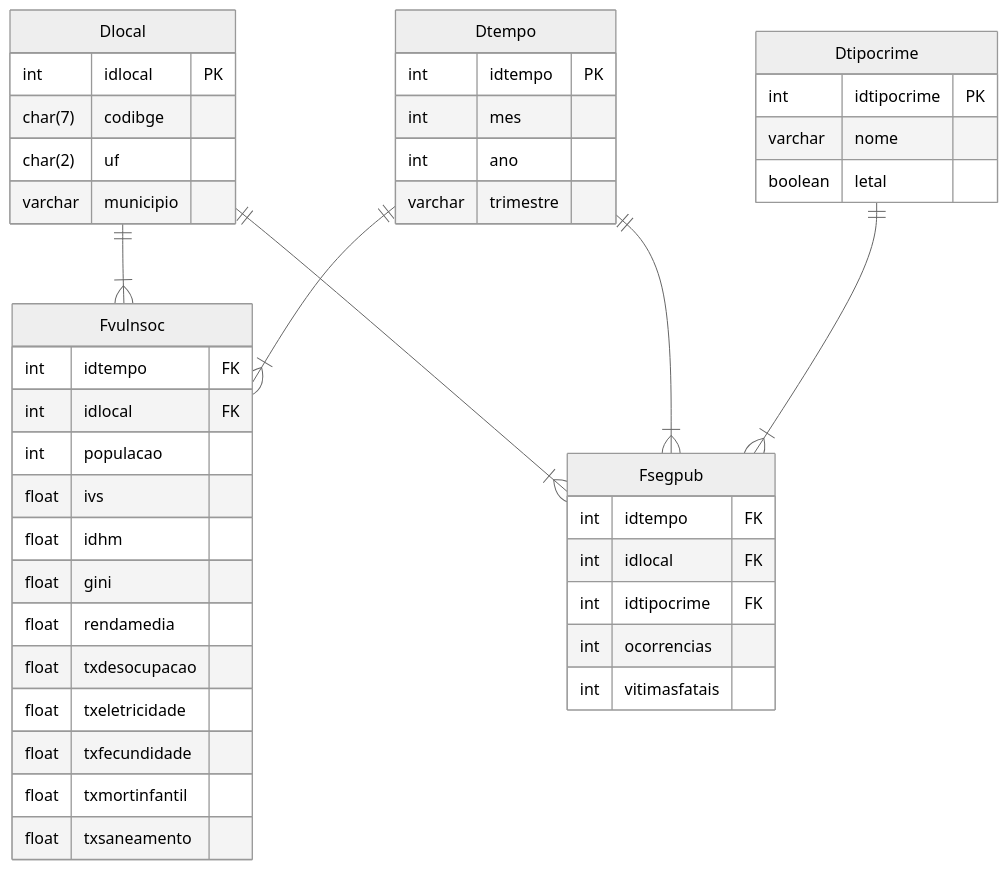
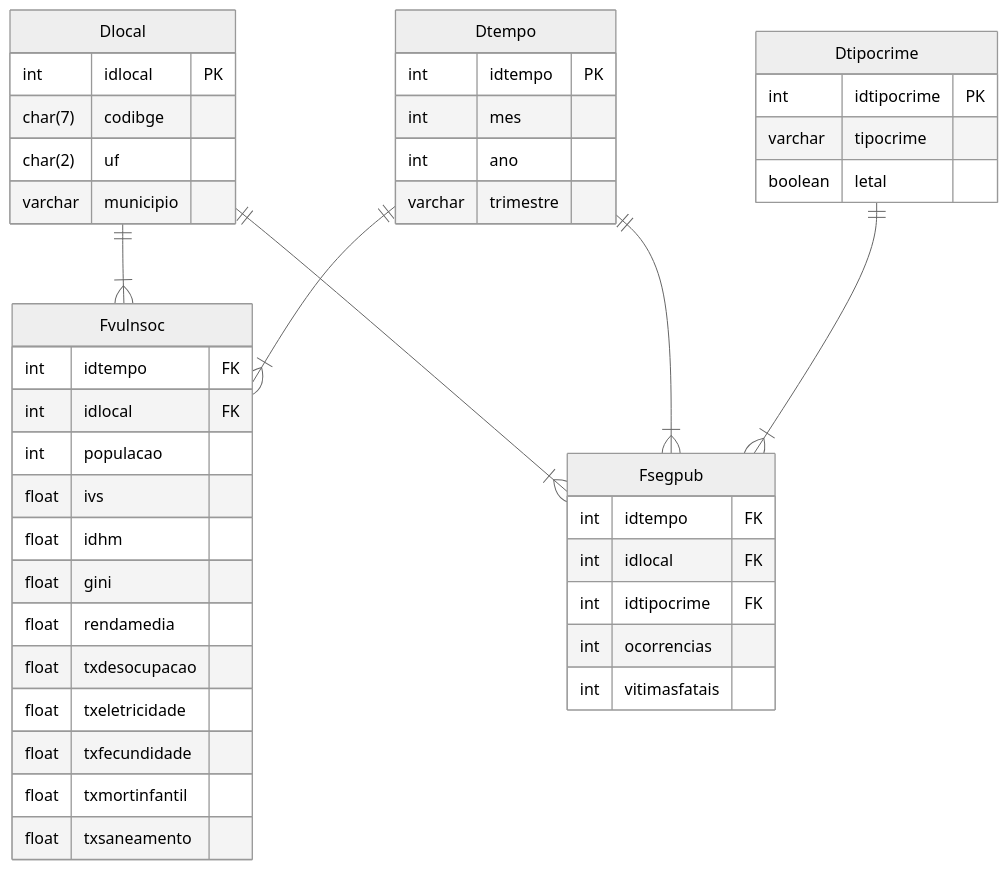
Before and after one commit to felppo/trab-siad: the diagram in starschema.mermaid, drawn with Mermaid (neutral theme).

Commit message:
Update diagram

```diff
--- a/starschema.mermaid
+++ b/starschema.mermaid
@@ -1,48 +1,48 @@
 erDiagram
     Dlocal ||--|{ Fvulnsoc : ""
     Dtempo ||--|{ Fvulnsoc : ""
     Dlocal ||--|{ Fsegpub : ""
     Dtipocrime ||--|{ Fsegpub : ""
     Dtempo ||--|{ Fsegpub : ""
 
     Dtempo {
         int idtempo PK
         int mes
         int ano
         varchar trimestre
     }
     Dlocal {
         int idlocal PK
         char(7) codibge
         char(2) uf
         varchar municipio
     }
     Dtipocrime {
         int idtipocrime PK
-        varchar nome
+        varchar tipocrime
         boolean letal
     }
     Fsegpub {
         %% int idsegpub PK
         int idtempo FK
         int idlocal FK
         int idtipocrime FK
         int ocorrencias
         int vitimasfatais
         %% float tx100mil
     }
     Fvulnsoc {
         %% int idvulnsoc PK
         int idtempo FK
         int idlocal FK
         int populacao
         float ivs
         float idhm
         float gini
         float rendamedia
         float txdesocupacao
         float txeletricidade
         float txfecundidade
         float txmortinfantil
         float txsaneamento
     }
```
